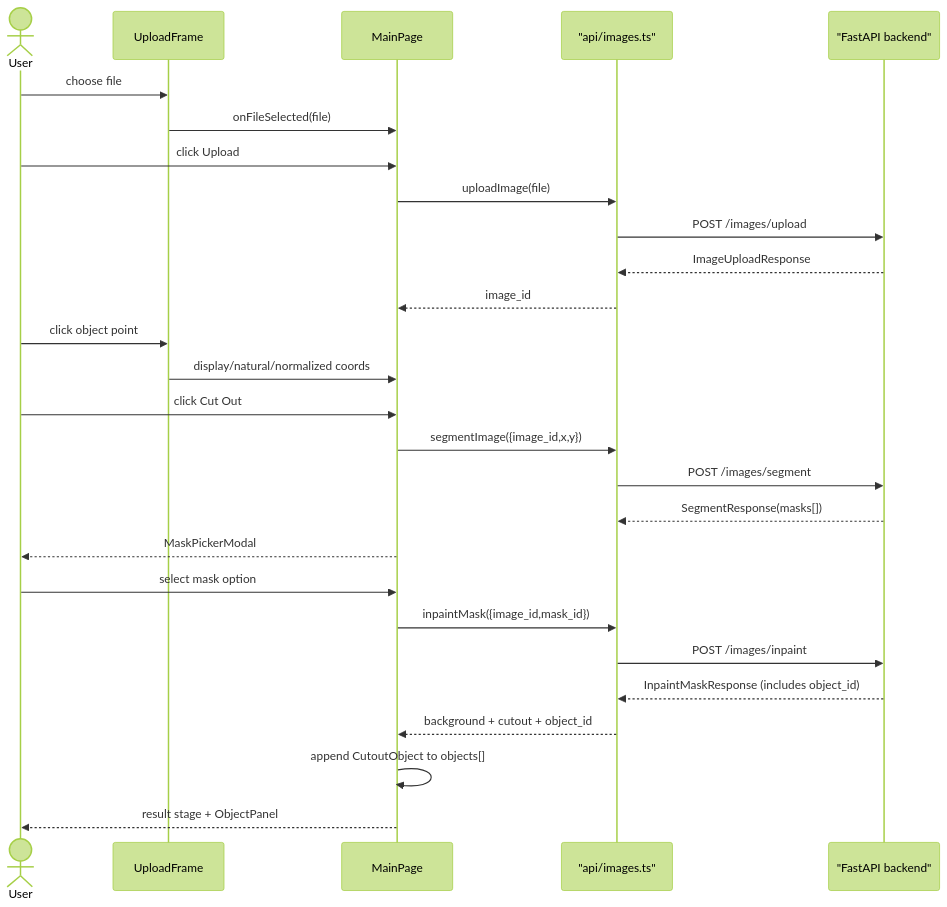
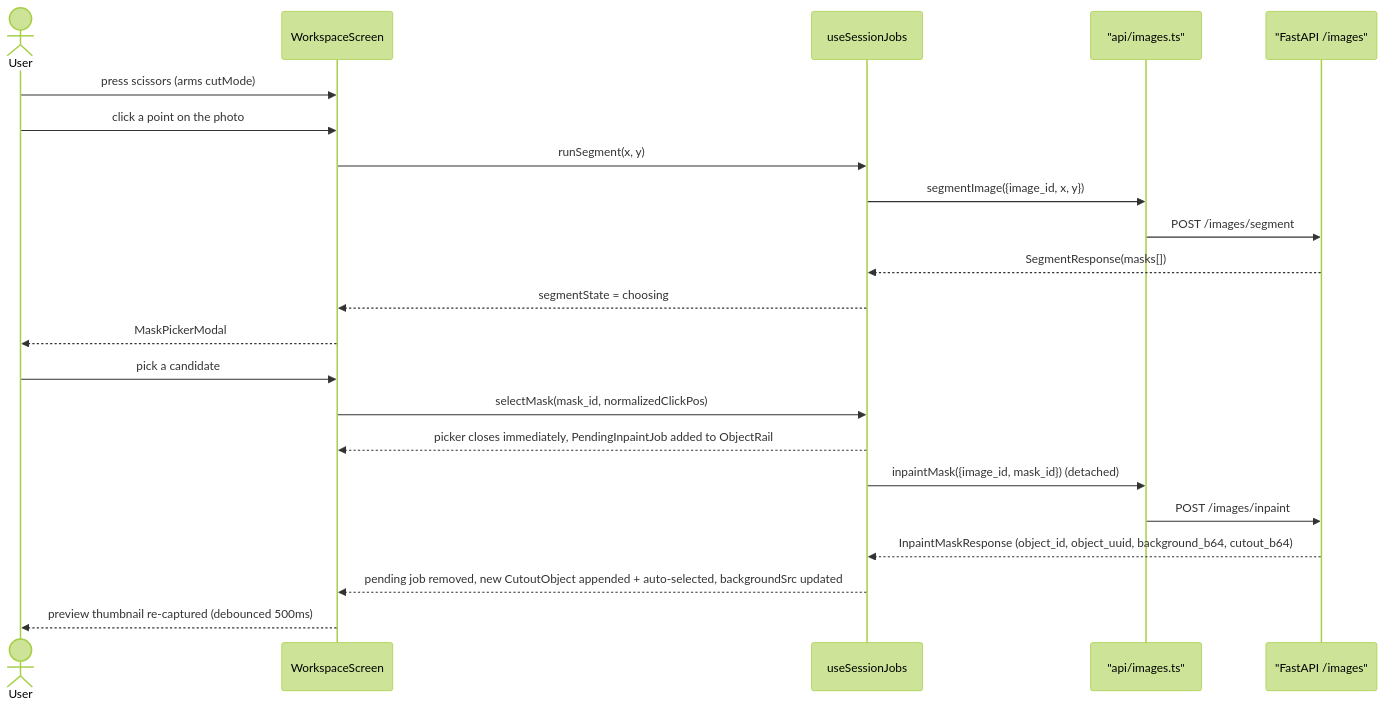
The second of 2 diagrams in docs/frontend/user-flow.md (1mache/avroom), drawn with Mermaid (forest theme) before and after one commit. The commit also changed other lines of this file and 16 other files, not shown here.

````diff
--- a/docs/frontend/user-flow.md
+++ b/docs/frontend/user-flow.md
@@ -5,32 +35,26 @@
 ```mermaid
 sequenceDiagram
     actor User
-    participant UF as UploadFrame
-    participant MP as MainPage
+    participant WS as WorkspaceScreen
+    participant Jobs as useSessionJobs
     participant API as "api/images.ts"
-    participant Backend as "FastAPI backend"
+    participant Backend as "FastAPI /images"
 
-    User->>UF: choose file
-    UF->>MP: onFileSelected(file)
-    User->>MP: click Upload
-    MP->>API: uploadImage(file)
-    API->>Backend: POST /images/upload
-    Backend-->>API: ImageUploadResponse
-    API-->>MP: image_id
+    User->>WS: press scissors (arms cutMode)
+    User->>WS: click a point on the photo
+    WS->>Jobs: runSegment(x, y)
+    Jobs->>API: segmentImage({image_id, x, y})
+    API->>Backend: POST /images/segment
+    Backend-->>Jobs: SegmentResponse(masks[])
+    Jobs-->>WS: segmentState = choosing
+    WS-->>User: MaskPickerModal
 
-    User->>UF: click object point
-    UF->>MP: display/natural/normalized coords
-    User->>MP: click Cut Out
-    MP->>API: segmentImage({image_id,x,y})
-    API->>Backend: POST /images/segment
-    Backend-->>API: SegmentResponse(masks[])
-    MP-->>User: MaskPickerModal
-
-    User->>MP: select mask option
-    MP->>API: inpaintMask({image_id,mask_id})
+    User->>WS: pick a candidate
+    WS->>Jobs: selectMask(mask_id, normalizedClickPos)
+    Jobs-->>WS: picker closes immediately, PendingInpaintJob added to ObjectRail
+    Jobs->>API: inpaintMask({image_id, mask_id})  (detached)
     API->>Backend: POST /images/inpaint
-    Backend-->>API: InpaintMaskResponse (includes object_id)
-    API-->>MP: background + cutout + object_id
-    MP->>MP: append CutoutObject to objects[]
-    MP-->>User: result stage + ObjectPanel
+    Backend-->>Jobs: InpaintMaskResponse (object_id, object_uuid, background_b64, cutout_b64)
+    Jobs-->>WS: pending job removed, new CutoutObject appended + auto-selected, backgroundSrc updated
+    WS-->>User: preview thumbnail re-captured (debounced 500ms)
 ```
````
